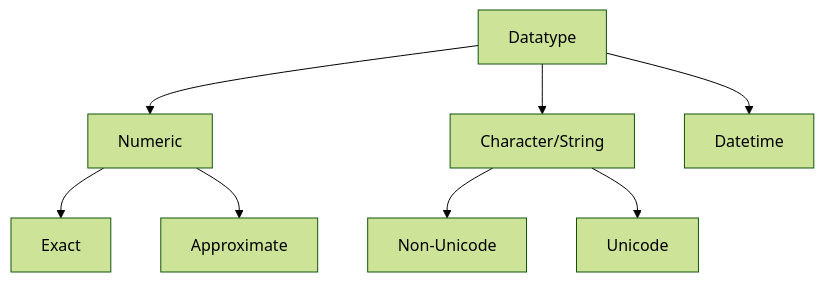
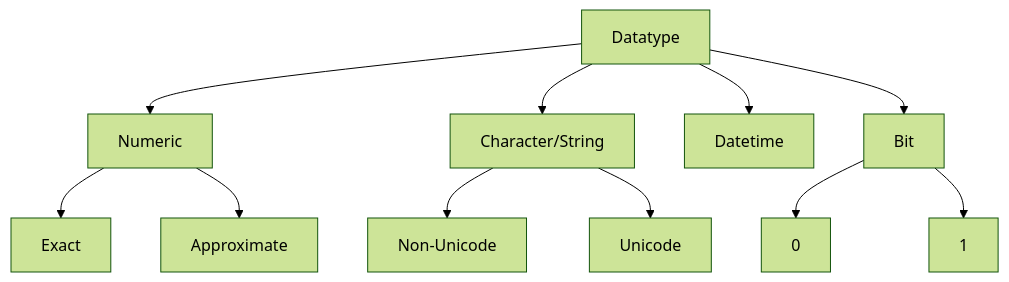
The diagram in python-for-data-analytics/4.-sql/datatypes.md (AbhiGithub101/stat), drawn with Mermaid (forest theme) before and after one commit. The commit also changed other lines of this file, not shown here.

````diff
--- a/python-for-data-analytics/4.-sql/datatypes.md
+++ b/python-for-data-analytics/4.-sql/datatypes.md
@@ -11,13 +11,17 @@
 ```mermaid
 graph TD
   Datatype --> Numeric
   Numeric --> Exact
   Numeric --> Approximate
   Datatype --> Character/String
   Character/String --> Non-Unicode
   Character/String --> Unicode
   Datatype-->Datetime
+  Datatype-->Bit
+  Bit-->0
+  Bit-->1
+
   
    
   
 ```
````
